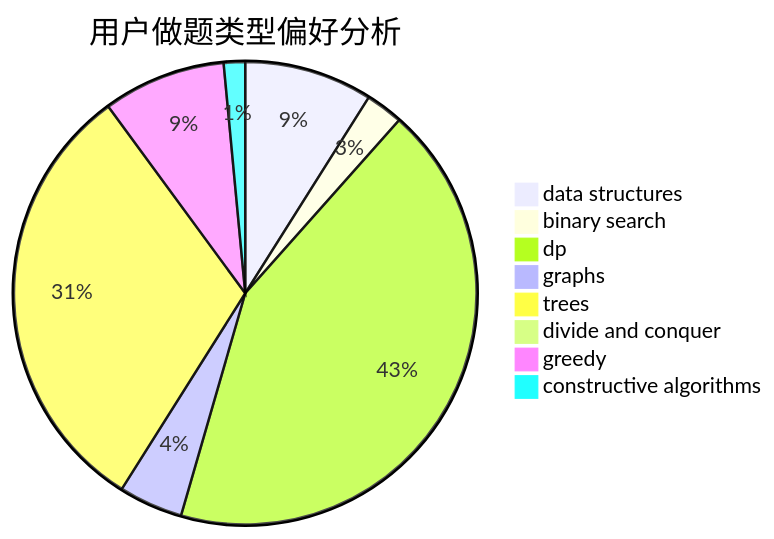
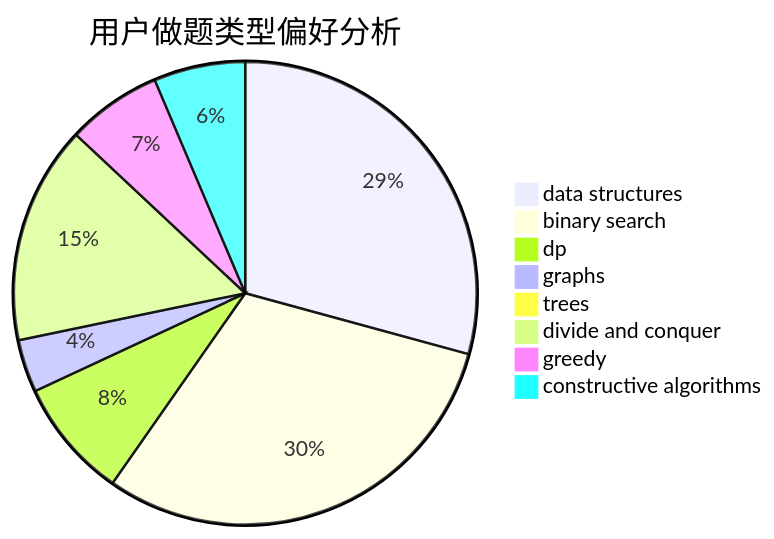
Before and after one commit to sherpahu/cfrs.github.io: the second of 3 diagrams in docs/user/u919.md, drawn with Mermaid. The commit also changed other lines of this file and 2770 other files, not shown here.

````diff
--- a/docs/user/u919.md
+++ b/docs/user/u919.md
@@ -23,11 +23,11 @@
 ```mermaid
 pie title 用户做题类型偏好分析
-    "data structures" :  24
-    "binary search" :  7
-    "dp" :  115
-    "graphs" :  12
-    "trees" :  83
-    "divide and conquer" :  0
-    "greedy" :  23
-    "constructive algorithms" :  4
+    "data structures" :  119
+    "binary search" :  124
+    "dp" :  34
+    "graphs" :  15
+    "trees" :  0
+    "divide and conquer" :  62
+    "greedy" :  27
+    "constructive algorithms" :  26
 ```
````
